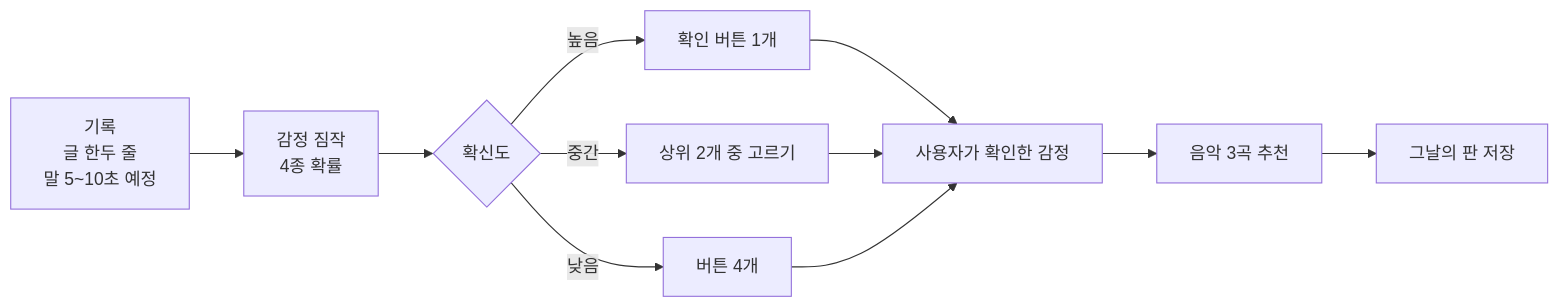
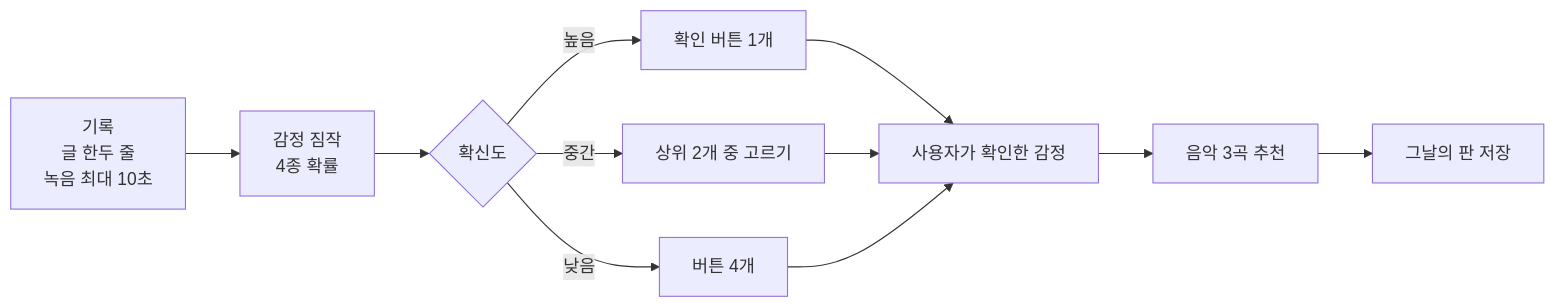
One commit to archi9718-do/commit5-music-diary changed the diagram in README.md. Above: the diagram before and after it, drawn with Mermaid. The commit also changed 19 other files, not shown here.

````diff
--- a/README.md
+++ b/README.md
@@ -15,13 +15,13 @@
 ```mermaid
 flowchart LR
-    A[기록<br/>글 한두 줄<br/>말 5~10초 예정] --> B[감정 짐작<br/>4종 확률]
+    A[기록<br/>글 한두 줄<br/>녹음 최대 10초] --> B[감정 짐작<br/>4종 확률]
     B --> C{확신도}
     C -->|높음| D1[확인 버튼 1개]
     C -->|중간| D2[상위 2개 중 고르기]
     C -->|낮음| D3[버튼 4개]
     D1 --> E[사용자가 확인한 감정]
     D2 --> E
     D3 --> E
     E --> F[음악 3곡 추천]
     F --> G[그날의 판 저장]
 ```
````
